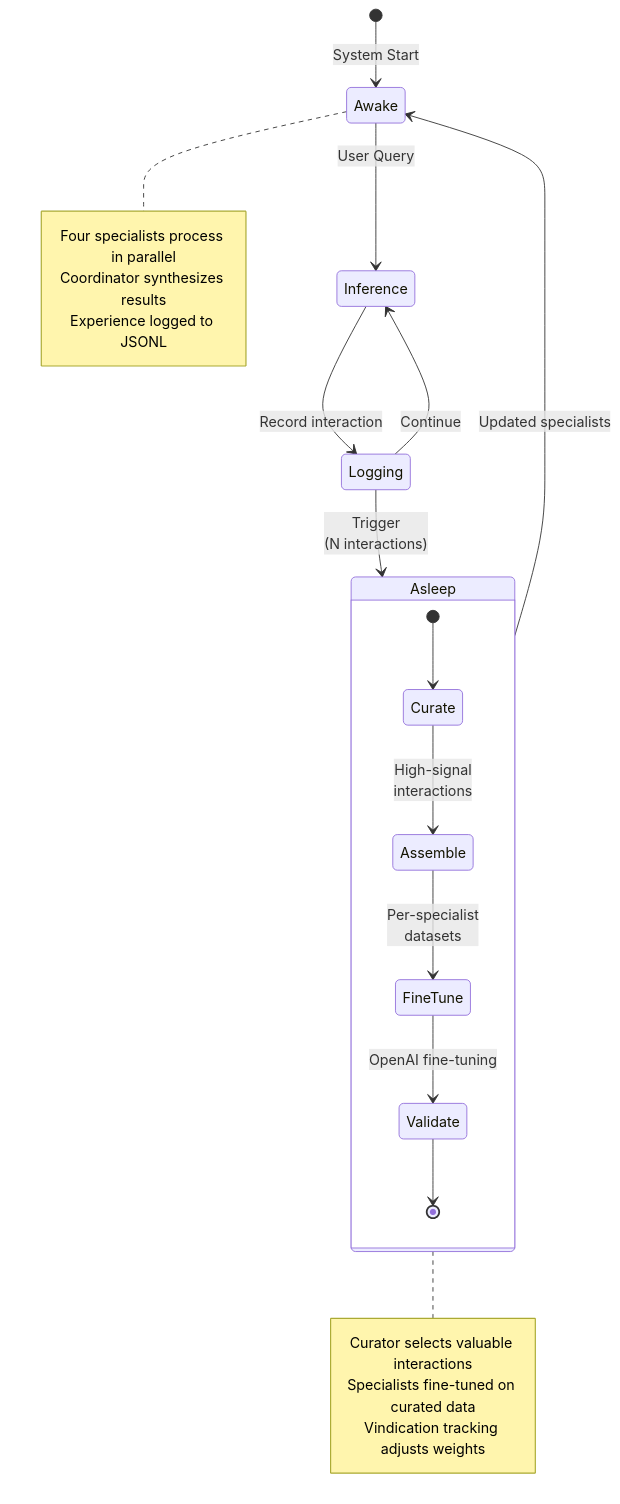
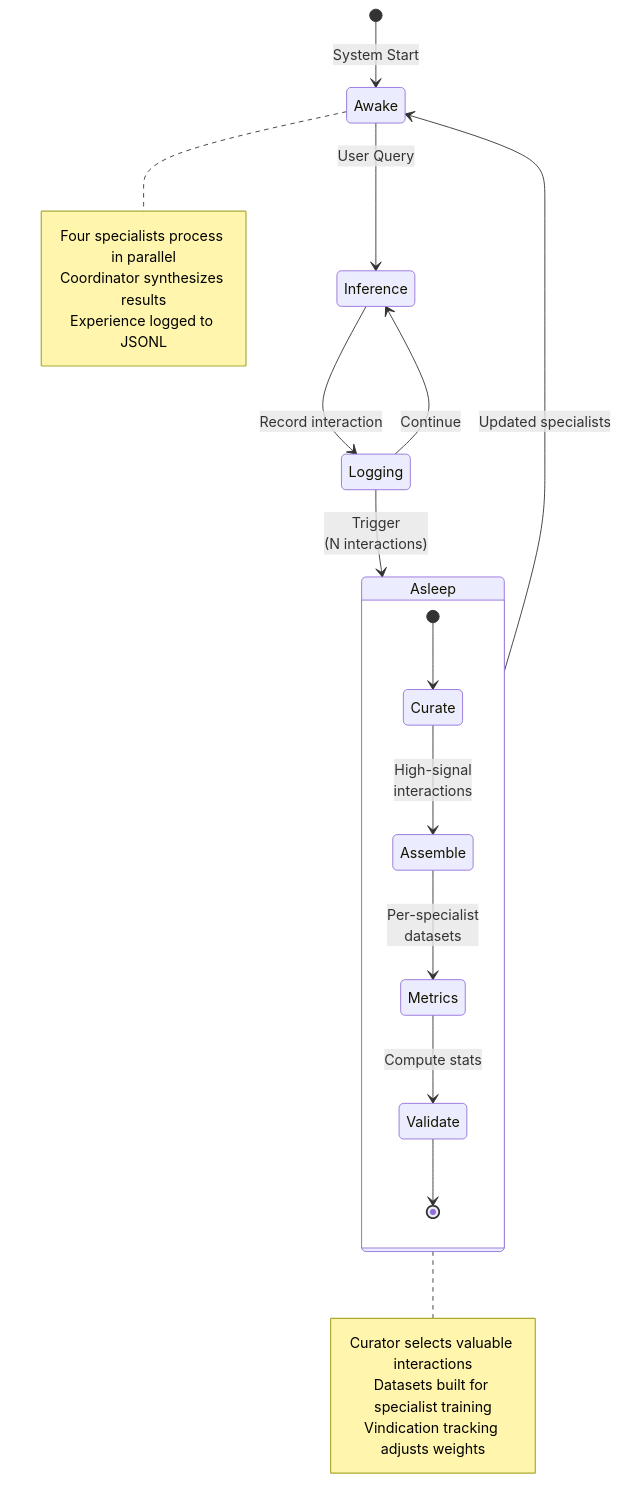
One commit to info-arnav/CogArch changed the third of 3 diagrams in README.md. Above: the diagram before and after it, drawn with Mermaid. The commit also changed other lines of this file and 26 other files, not shown here.

````diff
--- a/README.md
+++ b/README.md
@@ -175,32 +169,32 @@
 ```mermaid
 stateDiagram-v2
     [*] --> Awake: System Start
 
     Awake --> Inference: User Query
     Inference --> Logging: Record interaction
     Logging --> Inference: Continue
 
     Logging --> Asleep: Trigger<br/>(N interactions)
 
     state Asleep {
         [*] --> Curate
         Curate --> Assemble: High-signal<br/>interactions
-        Assemble --> FineTune: Per-specialist<br/>datasets
-        FineTune --> Validate: OpenAI fine-tuning
+        Assemble --> Metrics: Per-specialist<br/>datasets
+        Metrics --> Validate: Compute stats
         Validate --> [*]
     }
 
     Asleep --> Awake: Updated specialists
 
     note right of Awake
         Four specialists process in parallel
         Coordinator synthesizes results
         Experience logged to JSONL
     end note
 
     note right of Asleep
         Curator selects valuable interactions
-        Specialists fine-tuned on curated data
+        Datasets built for specialist training
         Vindication tracking adjusts weights
     end note
 ```
````
